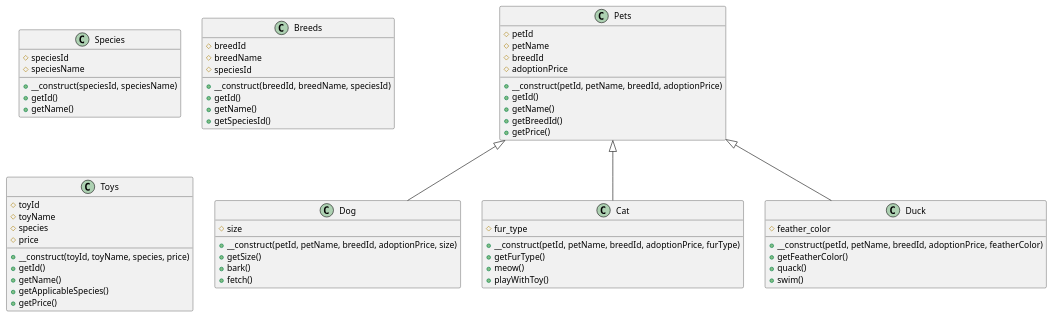
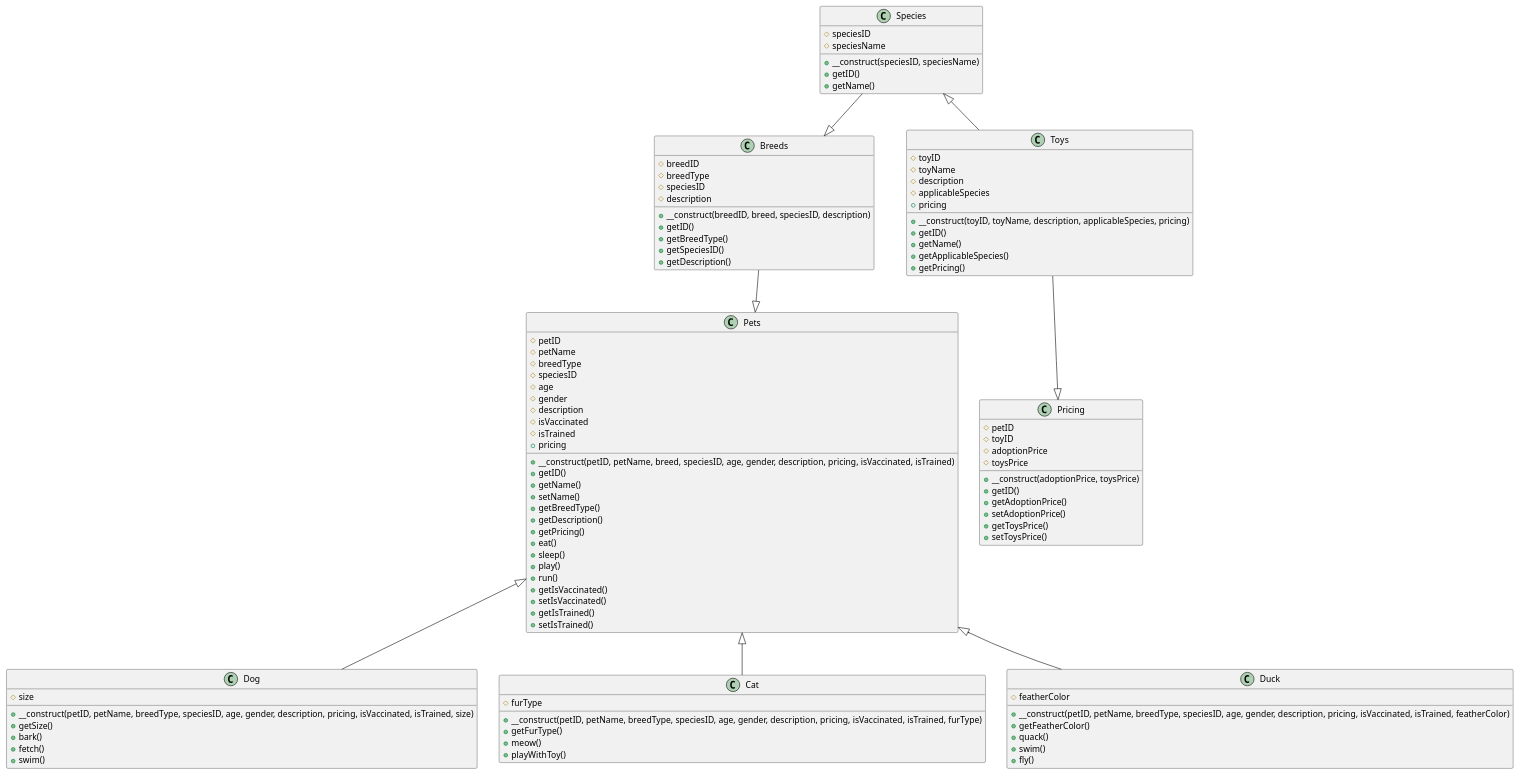
The diagram in project-1/schema.puml (monstermaash/block3-adv-web), drawn with PlantUML before and after one commit. The commit also changed other lines of this file and 3 other files, not shown here.

```diff
--- a/project-1/schema.puml
+++ b/project-1/schema.puml
@@ -1,69 +1,109 @@
 @startuml
 
 class Species {
-  # speciesId
+  # speciesID
   # speciesName
-  + __construct(speciesId, speciesName)
-  + getId()
+  + __construct(speciesID, speciesName)
+  + getID()
   + getName()
 }
 
+class Pricing {
+  # petID
+  # toyID
+  # adoptionPrice
+  # toysPrice
+  + __construct(adoptionPrice, toysPrice)
+  + getID()
+  + getAdoptionPrice()
+  + setAdoptionPrice()
+  + getToysPrice()
+  + setToysPrice()
+}
+
 class Breeds {
-  # breedId
-  # breedName
-  # speciesId
-  + __construct(breedId, breedName, speciesId)
-  + getId()
-  + getName()
-  + getSpeciesId()
+  # breedID
+  # breedType
+  # speciesID
+  # description
+  + __construct(breedID, breed, speciesID, description)
+  + getID()
+  + getBreedType()
+  + getSpeciesID()
+  + getDescription()
 }
 
 class Pets {
-  # petId
+  # petID
   # petName
-  # breedId
-  # adoptionPrice
-  + __construct(petId, petName, breedId, adoptionPrice)
-  + getId()
+  # breedType
+  # speciesID
+  # age
+  # gender
+  # description
+  # isVaccinated
+  # isTrained
+  + pricing
+  + __construct(petID, petName, breed, speciesID, age, gender, description, pricing, isVaccinated, isTrained)
+  + getID()
   + getName()
-  + getBreedId()
-  + getPrice()
+  + setName()
+  + getBreedType()
+  + getDescription()
+  + getPricing()
+  + eat()
+  + sleep()
+  + play()
+  + run()
+  + getIsVaccinated()
+  + setIsVaccinated()
+  + getIsTrained()
+  + setIsTrained()
 }
 
 class Dog extends Pets {
   # size
-  + __construct(petId, petName, breedId, adoptionPrice, size)
+  + __construct(petID, petName, breedType, speciesID, age, gender, description, pricing, isVaccinated, isTrained, size)
   + getSize()
   + bark()
   + fetch()
+  + swim()
 }
 
 class Cat extends Pets {
-  # fur_type
-  + __construct(petId, petName, breedId, adoptionPrice, furType)
+  # furType
+  + __construct(petID, petName, breedType, speciesID, age, gender, description, pricing, isVaccinated, isTrained, furType)
   + getFurType()
   + meow()
   + playWithToy()
 }
 
 class Duck extends Pets {
-  # feather_color
-  + __construct(petId, petName, breedId, adoptionPrice, featherColor)
+  # featherColor
+  + __construct(petID, petName, breedType, speciesID, age, gender, description, pricing, isVaccinated, isTrained, featherColor)
   + getFeatherColor()
   + quack()
   + swim()
+  + fly()
 }
 
 class Toys {
-  # toyId
+  # toyID
   # toyName
-  # species
-  # price
-  + __construct(toyId, toyName, species, price)
-  + getId()
+  # description
+  # applicableSpecies
+  + pricing
+  + __construct(toyID, toyName, description, applicableSpecies, pricing)
+  + getID()
   + getName()
   + getApplicableSpecies()
-  + getPrice()
+  + getPricing()
 }
 
+Species <|-- Toys
+Species --|> Breeds
+Breeds --|> Pets
+
+Toys --|> Pricing
+
 @enduml
```
